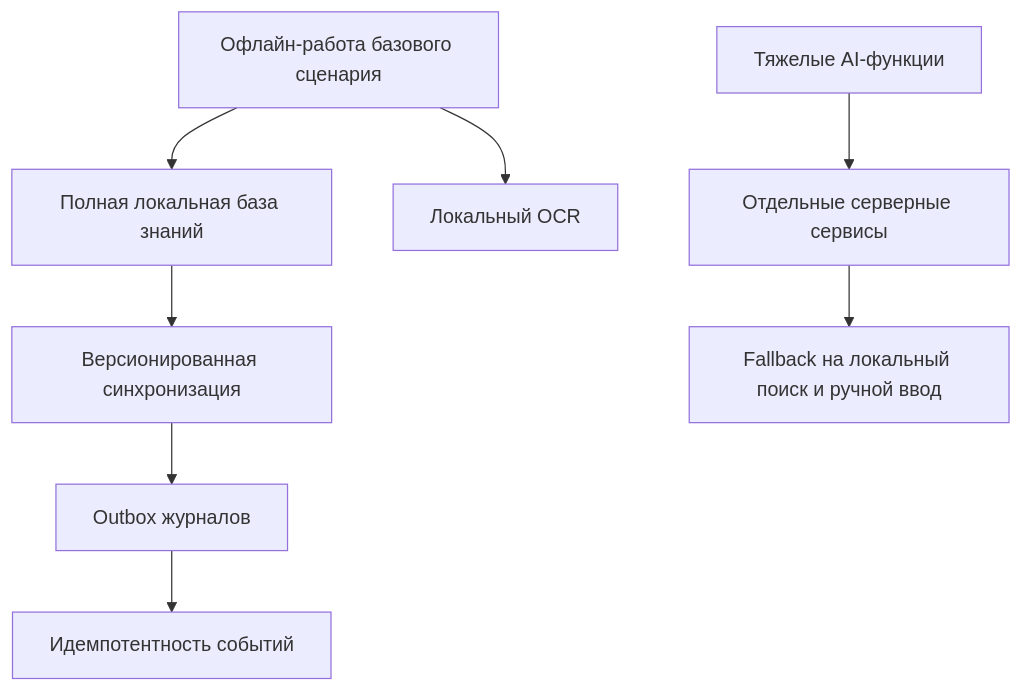
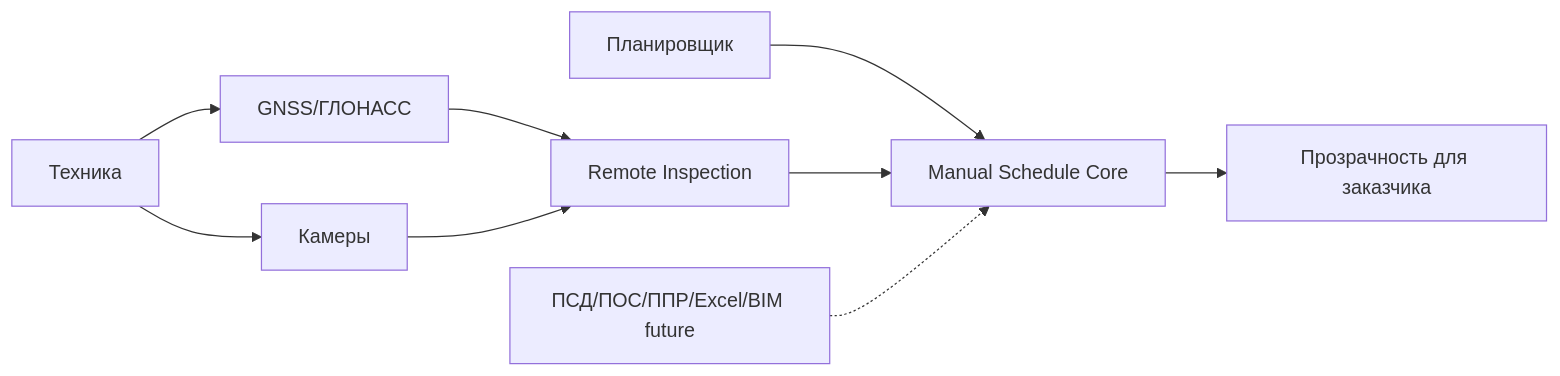
Before and after one commit to s21dlemanskiy/course-work: the diagram in 04-архитектурные-драйверы.md, drawn with Mermaid. The commit also changed other lines of this file and 19 other files, not shown here.

````diff
--- a/04-архитектурные-драйверы.md
+++ b/04-архитектурные-драйверы.md
@@ -27,11 +29,11 @@
 ```mermaid
-flowchart TD
-    Offline[Офлайн-работа базового сценария] --> LocalKB[Полная локальная база знаний]
-    Offline --> LocalOCR[Локальный OCR]
-    LocalKB --> Sync[Версионированная синхронизация]
-    Sync --> Outbox[Outbox журналов]
-    Outbox --> Idempotency[Идемпотентность событий]
-
-    AI[Тяжелые AI-функции] --> ServerAI[Отдельные серверные сервисы]
-    ServerAI --> Fallback[Fallback на локальный поиск и ручной ввод]
+flowchart LR
+    Planner[Планировщик] --> Core[Manual Schedule Core]
+    Equipment[Техника] --> GNSS[GNSS/ГЛОНАСС]
+    Equipment --> Camera[Камеры]
+    GNSS --> Inspection[Remote Inspection]
+    Camera --> Inspection
+    Inspection --> Core
+    Core --> Dashboard[Прозрачность для заказчика]
+    FutureDocs[ПСД/ПОС/ППР/Excel/BIM future] -.-> Core
 ```
````
